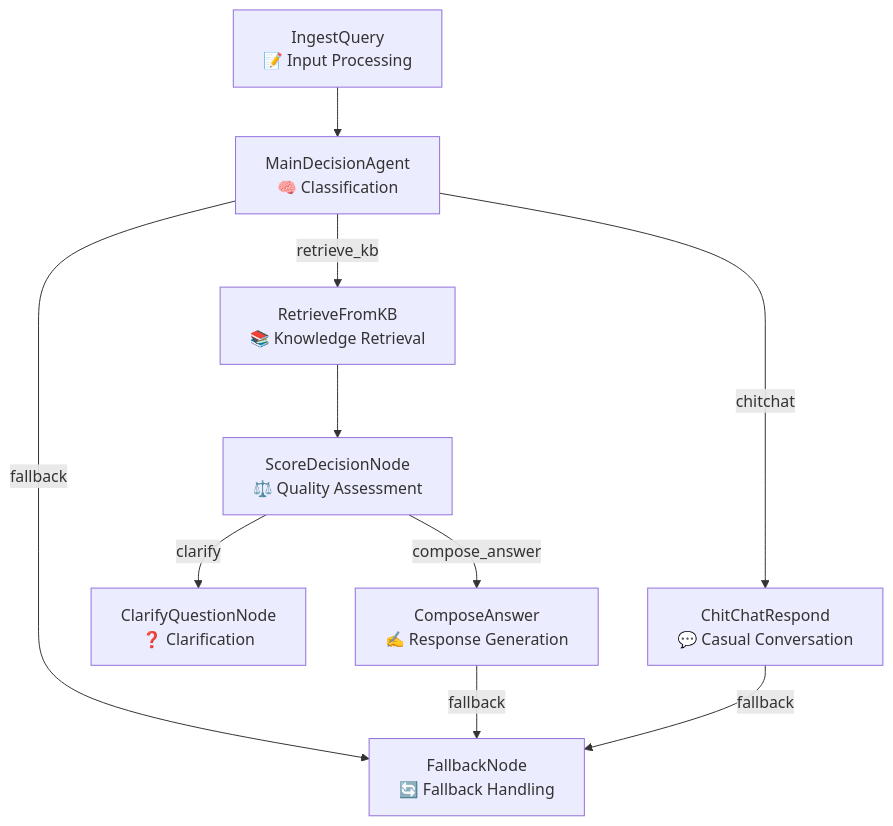
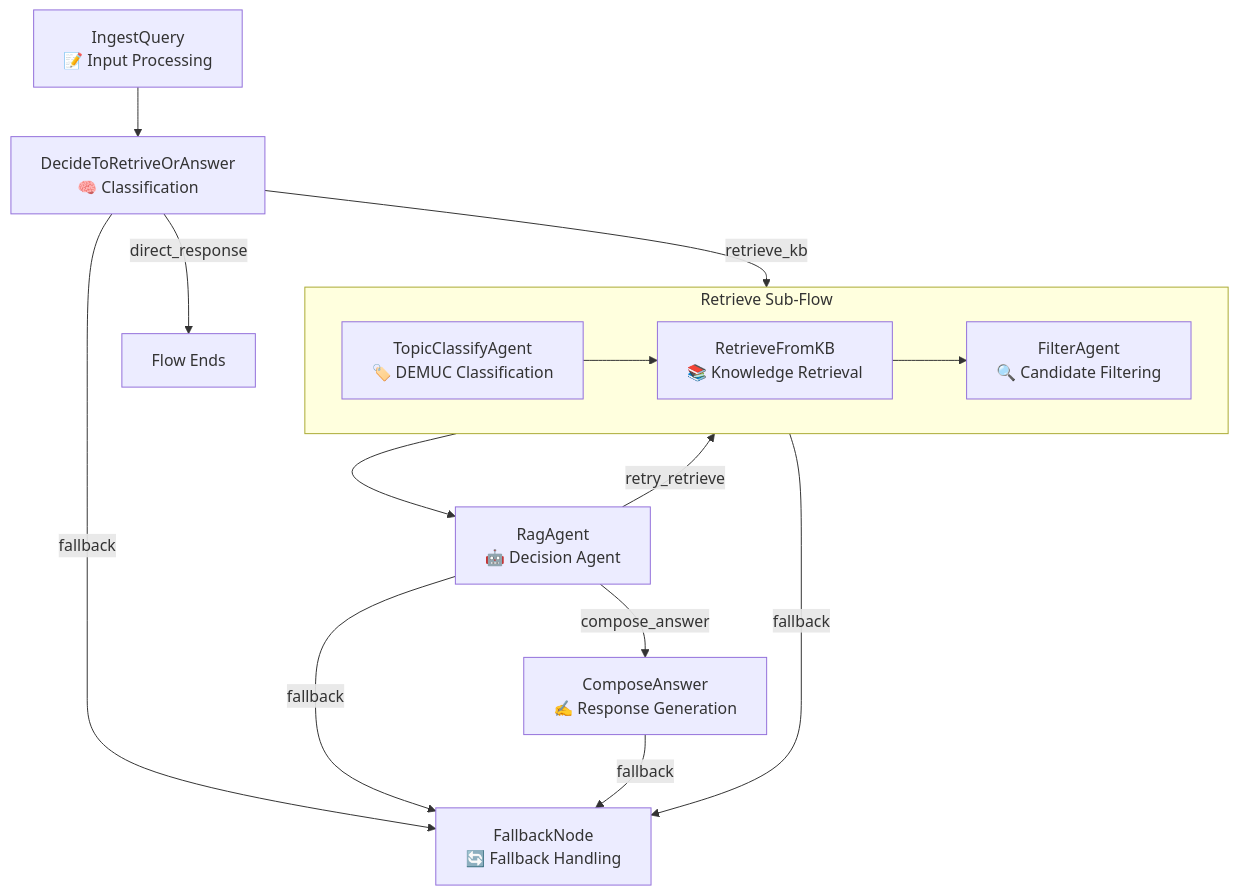
The diagram in docs/design.md (NguyenNhat4/chatbot-rhm-api), drawn with Mermaid before and after one commit. The commit also changed other lines of this file and 1 other file, not shown here.

````diff
--- a/docs/design.md
+++ b/docs/design.md
@@ -41,21 +43,32 @@
 ```mermaid
 flowchart TD
-    IngestQuery[IngestQuery<br/>📝 Input Processing] 
-    MainDecision[MainDecisionAgent<br/>🧠 Classification]
-    RetrieveKB[RetrieveFromKB<br/>📚 Knowledge Retrieval]
-    ScoreDecision[ScoreDecisionNode<br/>⚖️ Quality Assessment]
+    IngestQuery[IngestQuery<br/>📝 Input Processing]
+    MainDecision[DecideToRetriveOrAnswer<br/>🧠 Classification]
+
+    subgraph RetrieveFlow[Retrieve Sub-Flow]
+        TopicClassify[TopicClassifyAgent<br/>🏷️ DEMUC Classification]
+        RetrieveKB[RetrieveFromKB<br/>📚 Knowledge Retrieval]
+        FilterAgent[FilterAgent<br/>🔍 Candidate Filtering]
+
+        TopicClassify --> RetrieveKB
+        RetrieveKB --> FilterAgent
+    end
+
+    RagAgent[RagAgent<br/>🤖 Decision Agent]
     ComposeAnswer[ComposeAnswer<br/>✍️ Response Generation]
-    ClarifyQuestion[ClarifyQuestionNode<br/>❓ Clarification]
-    ChitChat[ChitChatRespond<br/>💬 Casual Conversation]
     Fallback[FallbackNode<br/>🔄 Fallback Handling]
 
     IngestQuery --> MainDecision
-    MainDecision -- "retrieve_kb" --> RetrieveKB
-    MainDecision -- "chitchat" --> ChitChat
+    MainDecision -- "direct_response" --> END[Flow Ends]
+    MainDecision -- "retrieve_kb" --> RetrieveFlow
     MainDecision -- "fallback" --> Fallback
-    RetrieveKB --> ScoreDecision
-    ScoreDecision -- "compose_answer" --> ComposeAnswer
-    ScoreDecision -- "clarify" --> ClarifyQuestion
+
+    RetrieveFlow --> RagAgent
+    RetrieveFlow -- "fallback" --> Fallback
+
+    RagAgent -- "compose_answer" --> ComposeAnswer
+    RagAgent -- "retry_retrieve" --> RetrieveFlow
+    RagAgent -- "fallback" --> Fallback
+
     ComposeAnswer -- "fallback" --> Fallback
-    ChitChat -- "fallback" --> Fallback
 ```
````
